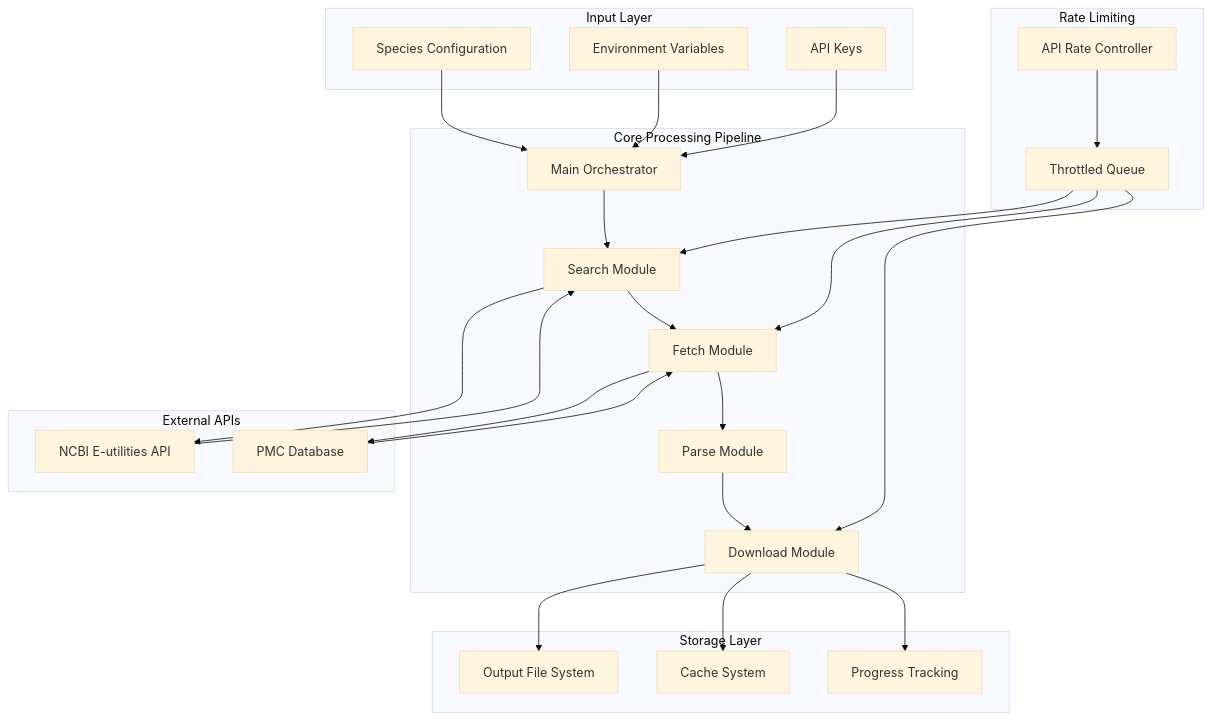
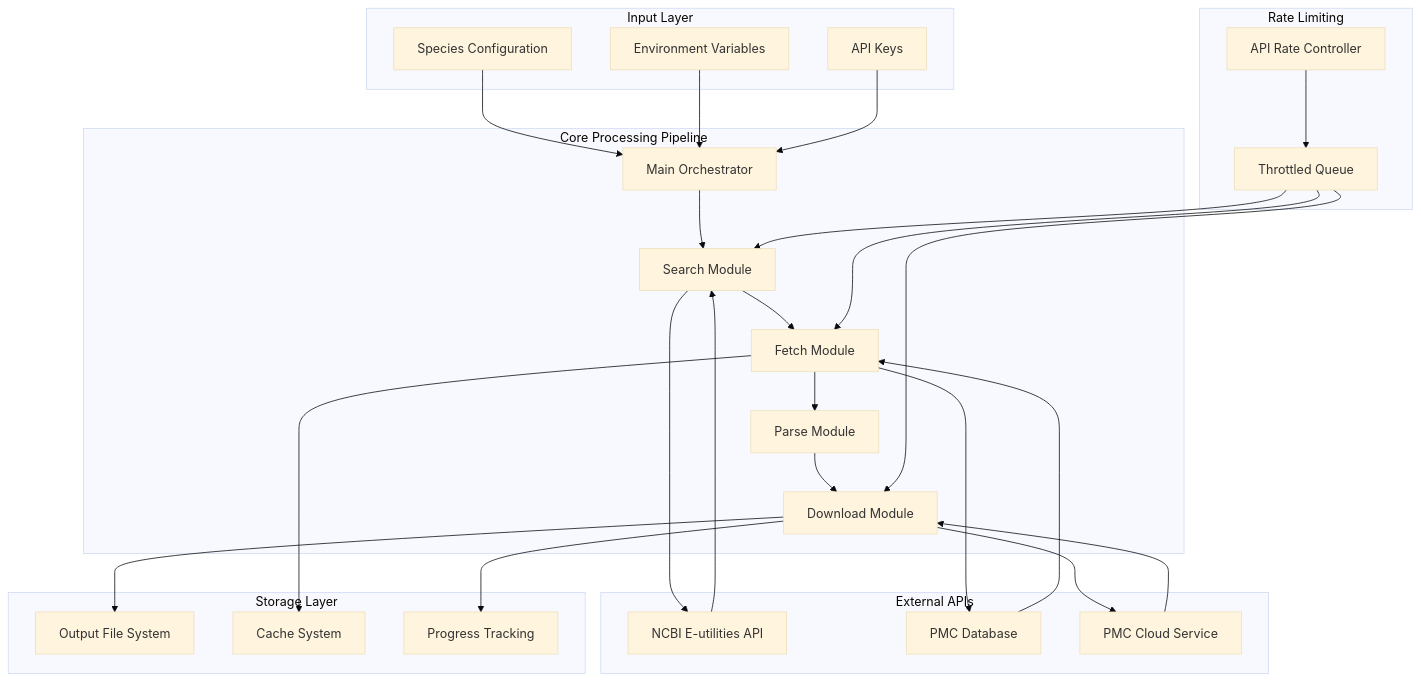
The first of 10 diagrams in docs/architecture/index.md (AlexJSully/Publication-Figure-Retrieval), drawn with Mermaid (base theme) before and after one commit. The commit also changed other lines of this file and 28 other files, not shown here.

First line of the commit message:
Fix unable to retrieve figure publication images (#242)

````diff
--- a/docs/architecture/index.md
+++ b/docs/architecture/index.md
@@ -9,59 +9,62 @@
 ```mermaid
 graph TB
     accTitle: High-Level System Architecture
-    accDescr: Inputs (species configuration, environment variables, and API keys) feed the main orchestrator, which drives the search, fetch, parse, and download modules. The search and fetch modules call the NCBI E-utilities API and PMC database. The download module writes to the output file system, cache, and progress tracking. A throttled queue mediates the search, fetch, and download API requests under an API rate controller.
+    accDescr: Inputs (species configuration, environment variables, and API keys) feed the main orchestrator, which drives the search, fetch, parse, and download modules. The search and fetch modules call the NCBI E-utilities API and PMC database. The download module reads article metadata and images from the PMC Cloud Service and writes verified images to the output file system and progress tracking, while the fetch module writes handled PMC IDs to the cache. A throttled queue mediates the search and fetch requests and the download module's metadata requests under an API rate controller; image downloads do not go through the queue.
 
     subgraph "Input Layer"
         A[Species Configuration]
         B[Environment Variables]
         C[API Keys]
     end
 
     subgraph "Core Processing Pipeline"
         D[Main Orchestrator]
         E[Search Module]
         F[Fetch Module]
         G[Parse Module]
         H[Download Module]
     end
 
     subgraph "External APIs"
         I[NCBI E-utilities API]
         J[PMC Database]
+        P[PMC Cloud Service]
     end
 
     subgraph "Storage Layer"
         K[Output File System]
         L[Cache System]
         M[Progress Tracking]
     end
 
     subgraph "Rate Limiting"
         N[Throttled Queue]
         O[API Rate Controller]
     end
 
     A --> D
     B --> D
     C --> D
 
     D --> E
     E --> I
     I --> E
 
     E --> F
     F --> J
     J --> F
 
     F --> G
     G --> H
+    H --> P
+    P --> H
 
     H --> K
-    H --> L
+    F --> L
     H --> M
 
     N --> E
     N --> F
     N --> H
     O --> N
 ```
````
